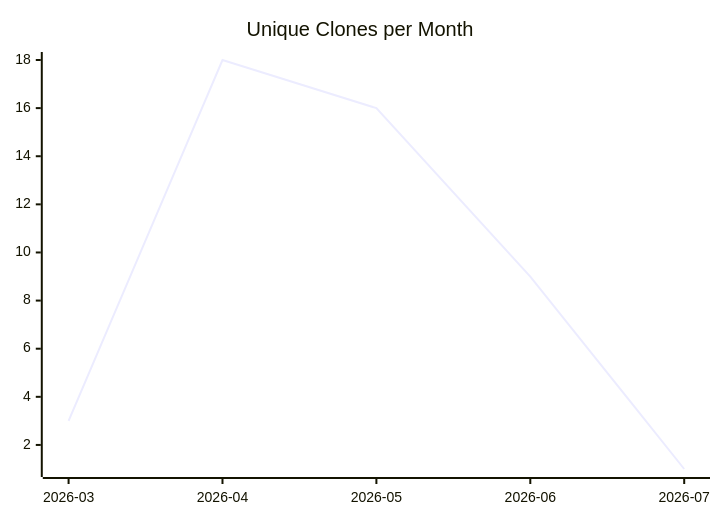
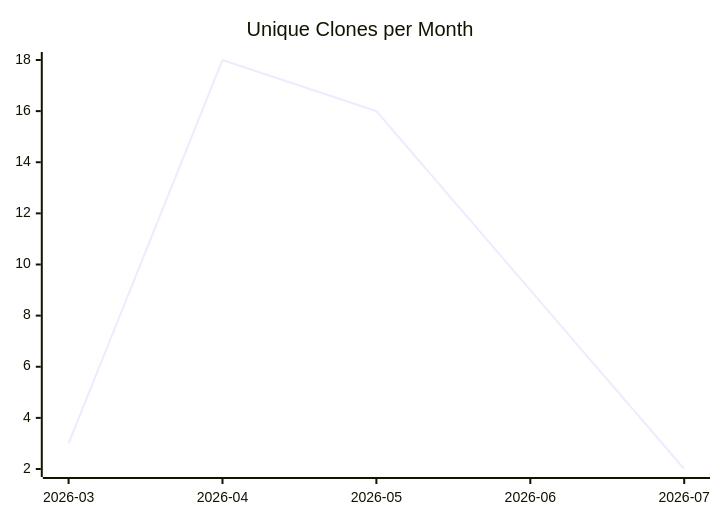
The third of 3 diagrams in karlmdavis/jessentials/README.md (justdavis-family/github-analytics-data), drawn with Mermaid before and after one commit. The commit also changed other lines of this file and 188 other files, not shown here.

````diff
--- a/karlmdavis/jessentials/README.md
+++ b/karlmdavis/jessentials/README.md
@@ -19,6 +19,6 @@
 ```mermaid
 xychart-beta
   title "Unique Clones per Month"
   x-axis ["2026-03", "2026-04", "2026-05", "2026-06", "2026-07"]
-  line [3, 18, 16, 9, 1]
+  line [3, 18, 16, 9, 2]
 ```
````
